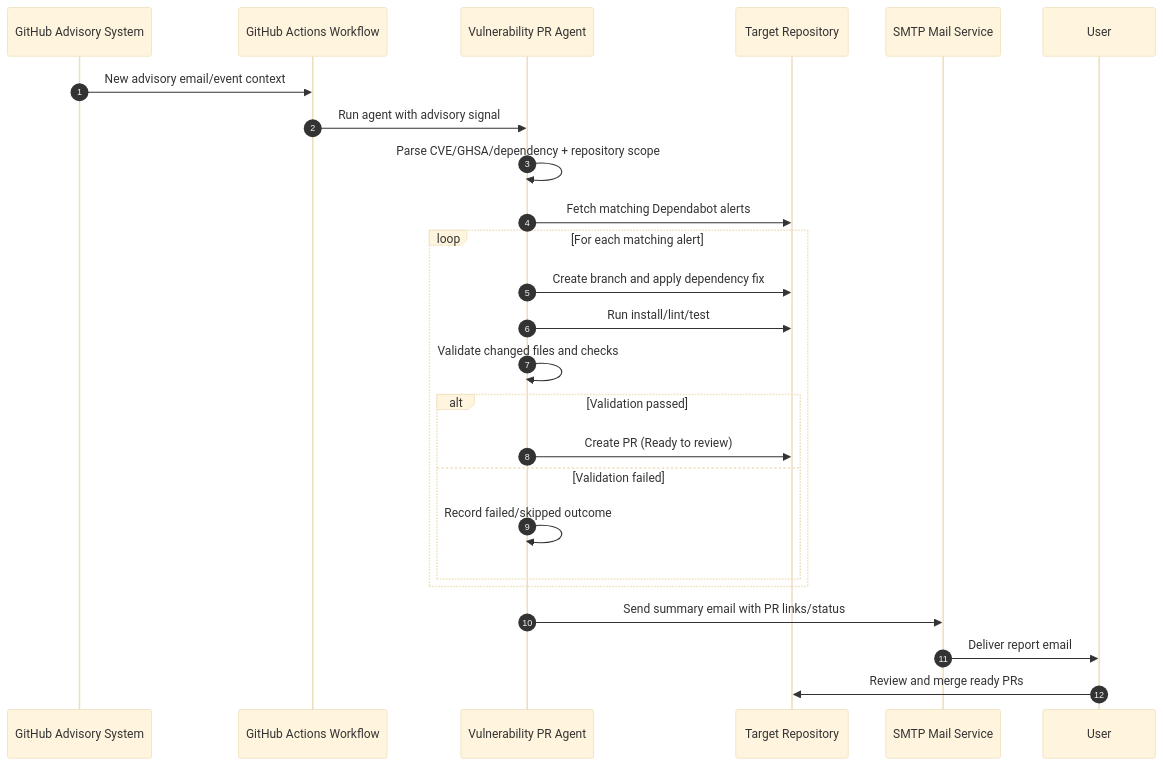
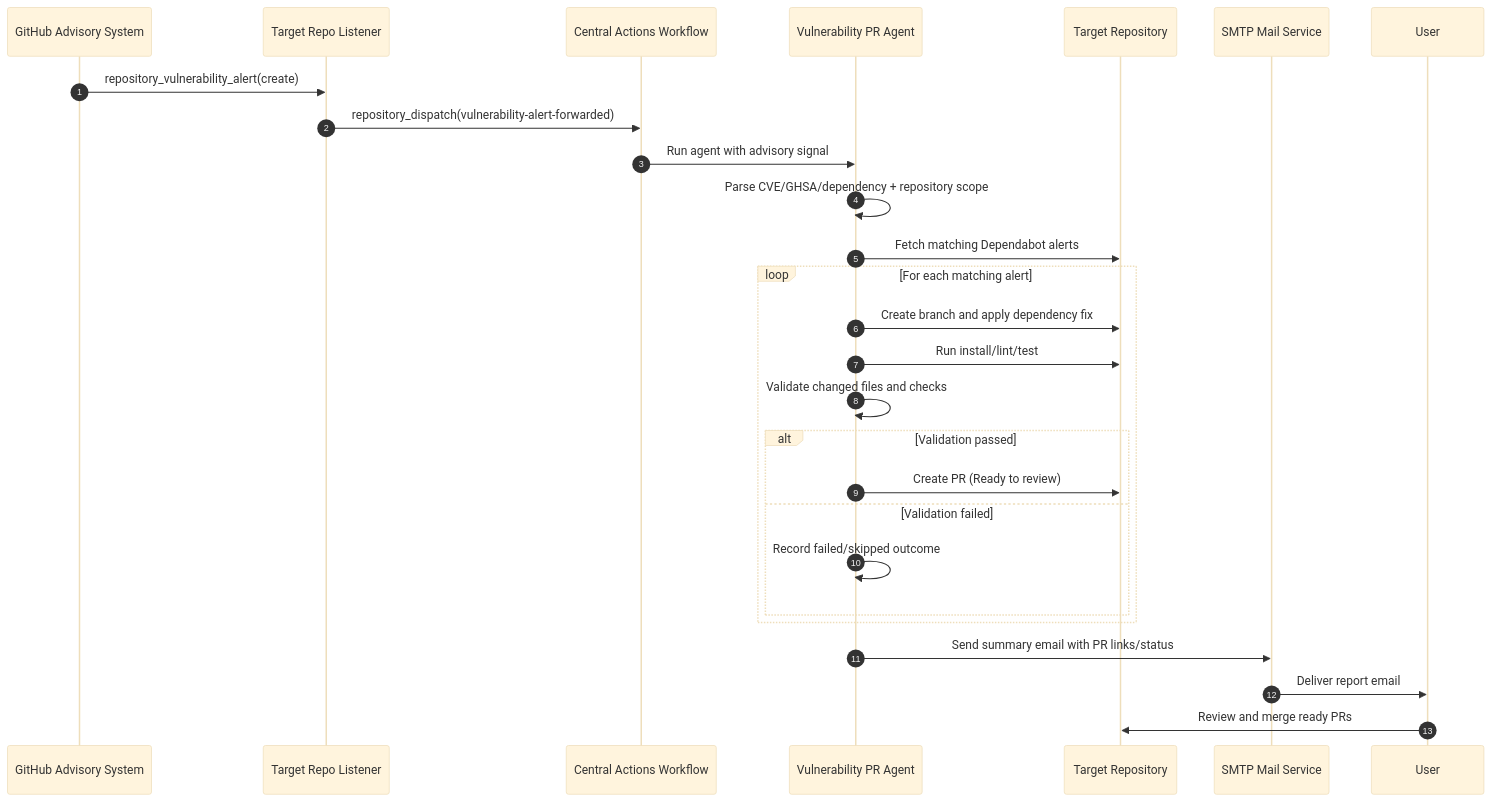
One commit to reyesrico/github-vuln-pr-agent changed the second of 3 diagrams in .github/docs/ARCHITECTURE.md. Above: the diagram before and after it, drawn with Mermaid (base theme). The commit also changed other lines of this file and 13 other files, not shown here.

Commit message:
feat: add per-repo vulnerability listener dispatch flow

````diff
--- a/.github/docs/ARCHITECTURE.md
+++ b/.github/docs/ARCHITECTURE.md
@@ -66,30 +69,32 @@
 ```mermaid
 sequenceDiagram
 	autonumber
 	participant GH as GitHub Advisory System
-	participant WF as GitHub Actions Workflow
+	participant LR as Target Repo Listener
+	participant WF as Central Actions Workflow
 	participant AG as Vulnerability PR Agent
 	participant RP as Target Repository
 	participant EM as SMTP Mail Service
 	participant US as User
 
-	GH->>WF: New advisory email/event context
+	GH->>LR: repository_vulnerability_alert(create)
+	LR->>WF: repository_dispatch(vulnerability-alert-forwarded)
 	WF->>AG: Run agent with advisory signal
 	AG->>AG: Parse CVE/GHSA/dependency + repository scope
 	AG->>RP: Fetch matching Dependabot alerts
 
 	loop For each matching alert
 		AG->>RP: Create branch and apply dependency fix
 		AG->>RP: Run install/lint/test
 		AG->>AG: Validate changed files and checks
 		alt Validation passed
 			AG->>RP: Create PR (Ready to review)
 		else Validation failed
 			AG->>AG: Record failed/skipped outcome
 		end
 	end
 
 	AG->>EM: Send summary email with PR links/status
 	EM->>US: Deliver report email
 	US->>RP: Review and merge ready PRs
 ```
````
